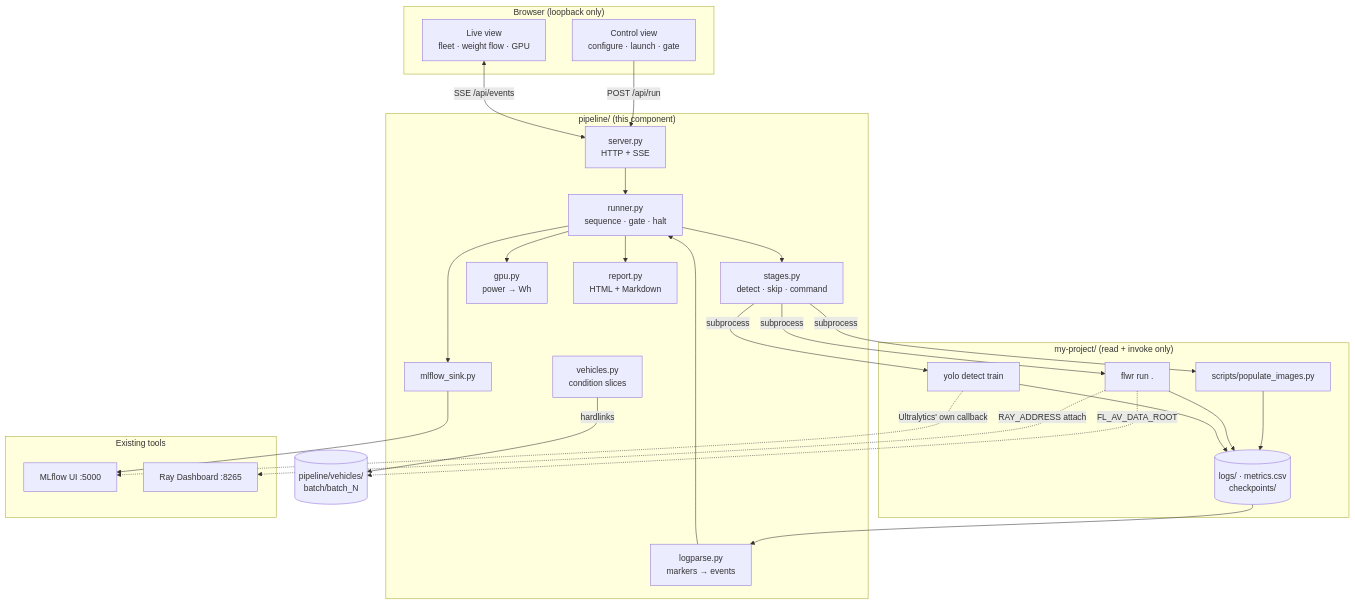
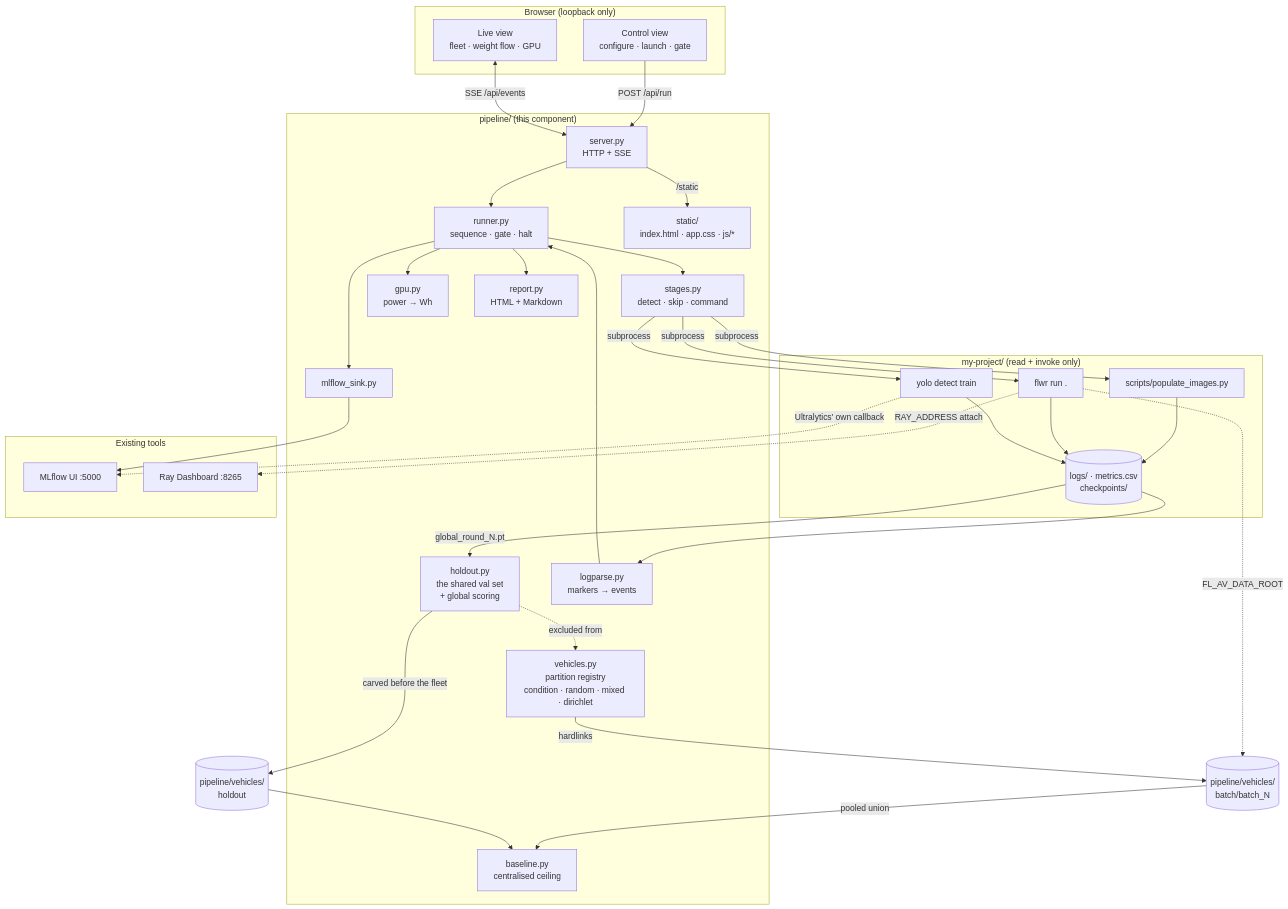
The first of 3 diagrams in pipeline/docs/ARCHITECTURE.md (SathishKumarAI/FL_AV), drawn with Mermaid before and after one commit. The commit also changed other lines of this file and 1 other file, not shown here.

First line of the commit message:
docs: architecture and FL techniques describe what is now built

````diff
--- a/pipeline/docs/ARCHITECTURE.md
+++ b/pipeline/docs/ARCHITECTURE.md
@@ -23,44 +23,53 @@
 ```mermaid
 graph TB
   subgraph browser["Browser (loopback only)"]
     CTL["Control view<br/>configure · launch · gate"]
     LIVE["Live view<br/>fleet · weight flow · GPU"]
   end
 
   subgraph pipe["pipeline/ (this component)"]
     SRV["server.py<br/>HTTP + SSE"]
     RUN["runner.py<br/>sequence · gate · halt"]
     STG["stages.py<br/>detect · skip · command"]
-    VEH["vehicles.py<br/>condition slices"]
+    VEH["vehicles.py<br/>partition registry<br/>condition · random · mixed · dirichlet"]
+    HOLD["holdout.py<br/>the shared val set<br/>+ global scoring"]
+    BASE["baseline.py<br/>centralised ceiling"]
     LOG["logparse.py<br/>markers → events"]
     GPUM["gpu.py<br/>power → Wh"]
     REP["report.py<br/>HTML + Markdown"]
     SINK["mlflow_sink.py"]
+    UI["static/<br/>index.html · app.css · js/*"]
   end
 
   subgraph proj["my-project/ (read + invoke only)"]
     POP["scripts/populate_images.py"]
     FLWR["flwr run ."]
     YOLO["yolo detect train"]
     OUT[("logs/ · metrics.csv<br/>checkpoints/")]
   end
 
   subgraph ext["Existing tools"]
     ML["MLflow UI :5000"]
     RAY["Ray Dashboard :8265"]
   end
 
   CTL -->|POST /api/run| SRV
   SRV --> RUN
   LIVE <-->|SSE /api/events| SRV
   RUN --> STG
   STG -->|subprocess| POP & FLWR & YOLO
   VEH -->|hardlinks| VSHARD[("pipeline/vehicles/<br/>batch/batch_N")]
+  HOLD -->|carved before the fleet| HSHARD[("pipeline/vehicles/<br/>holdout")]
+  HOLD -.->|excluded from| VEH
   FLWR -.->|FL_AV_DATA_ROOT| VSHARD
+  OUT -->|global_round_N.pt| HOLD
+  VSHARD -->|pooled union| BASE
+  HSHARD --> BASE
+  SRV -->|/static| UI
   POP & FLWR & YOLO --> OUT
   OUT --> LOG --> RUN
   RUN --> GPUM & SINK & REP
   SINK --> ML
   YOLO -.->|Ultralytics' own callback| ML
   FLWR -.->|RAY_ADDRESS attach| RAY
 ```
````
